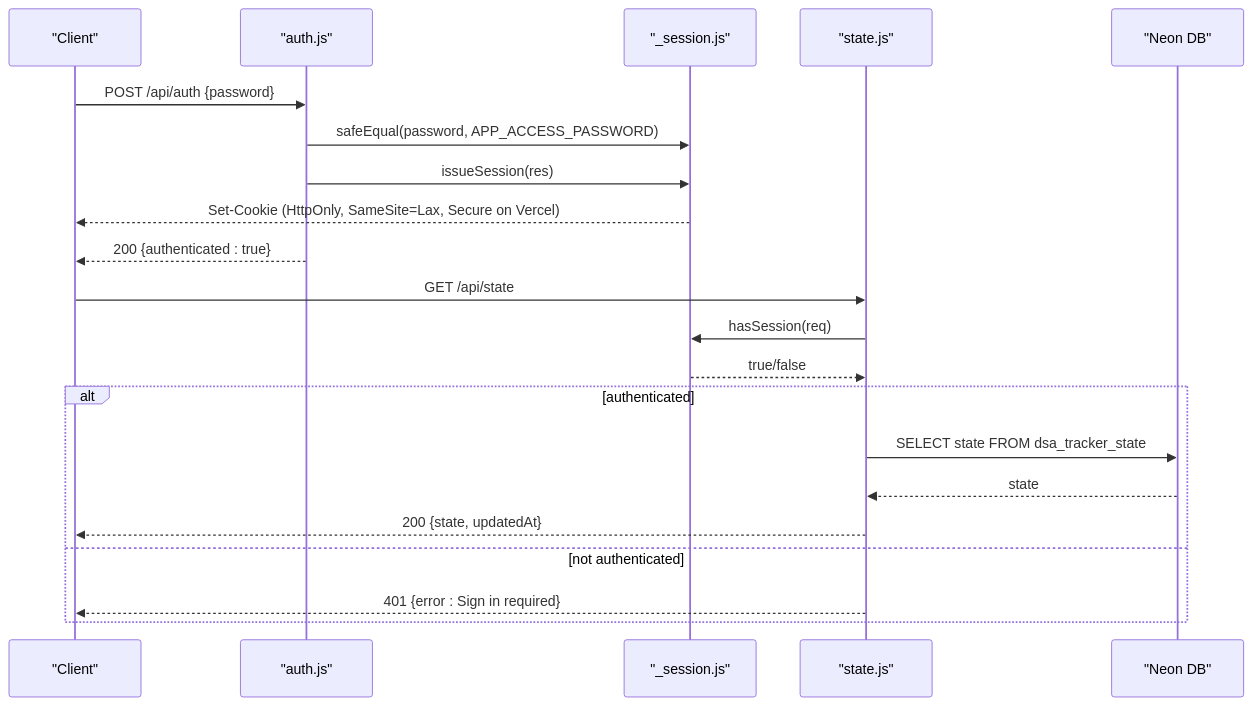
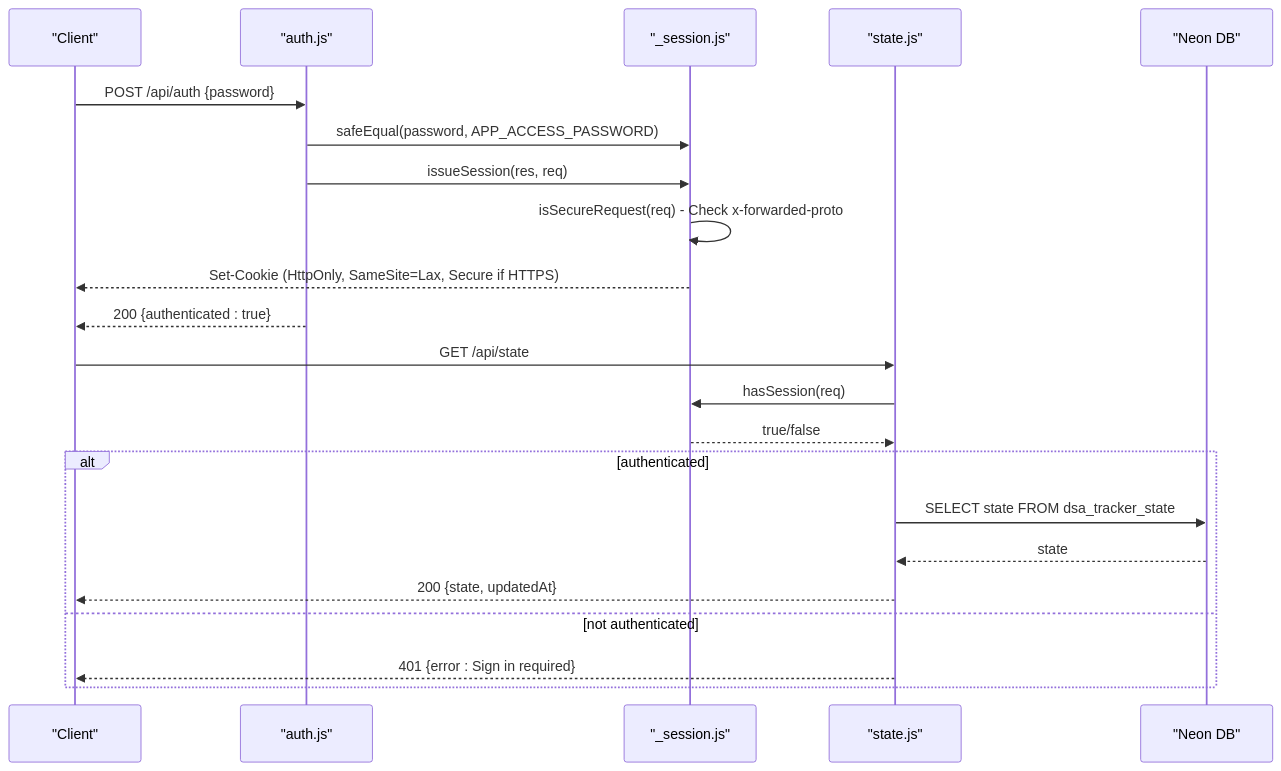
One commit to iamrituraj/DSA-Tracker changed the second of 7 diagrams in .qoder/repowiki/en/content/Backend Services/Session Management.md. Above: the diagram before and after it, drawn with Mermaid. The commit also changed other lines of this file and 42 other files, not shown here.

````diff
--- a/.qoder/repowiki/en/content/Backend Services/Session Management.md
+++ b/.qoder/repowiki/en/content/Backend Services/Session Management.md
@@ -75,23 +84,24 @@
 ```mermaid
 sequenceDiagram
 participant C as "Client"
 participant A as "auth.js"
 participant S as "_session.js"
 participant ST as "state.js"
 participant DB as "Neon DB"
 C->>A : POST /api/auth {password}
 A->>S : safeEqual(password, APP_ACCESS_PASSWORD)
-A->>S : issueSession(res)
-S-->>C : Set-Cookie (HttpOnly, SameSite=Lax, Secure on Vercel)
+A->>S : issueSession(res, req)
+S->>S : isSecureRequest(req) - Check x-forwarded-proto
+S-->>C : Set-Cookie (HttpOnly, SameSite=Lax, Secure if HTTPS)
 A-->>C : 200 {authenticated : true}
 C->>ST : GET /api/state
 ST->>S : hasSession(req)
 S-->>ST : true/false
 alt authenticated
 ST->>DB : SELECT state FROM dsa_tracker_state
 DB-->>ST : state
 ST-->>C : 200 {state, updatedAt}
 else not authenticated
 ST-->>C : 401 {error : Sign in required}
 end
 ```
````
